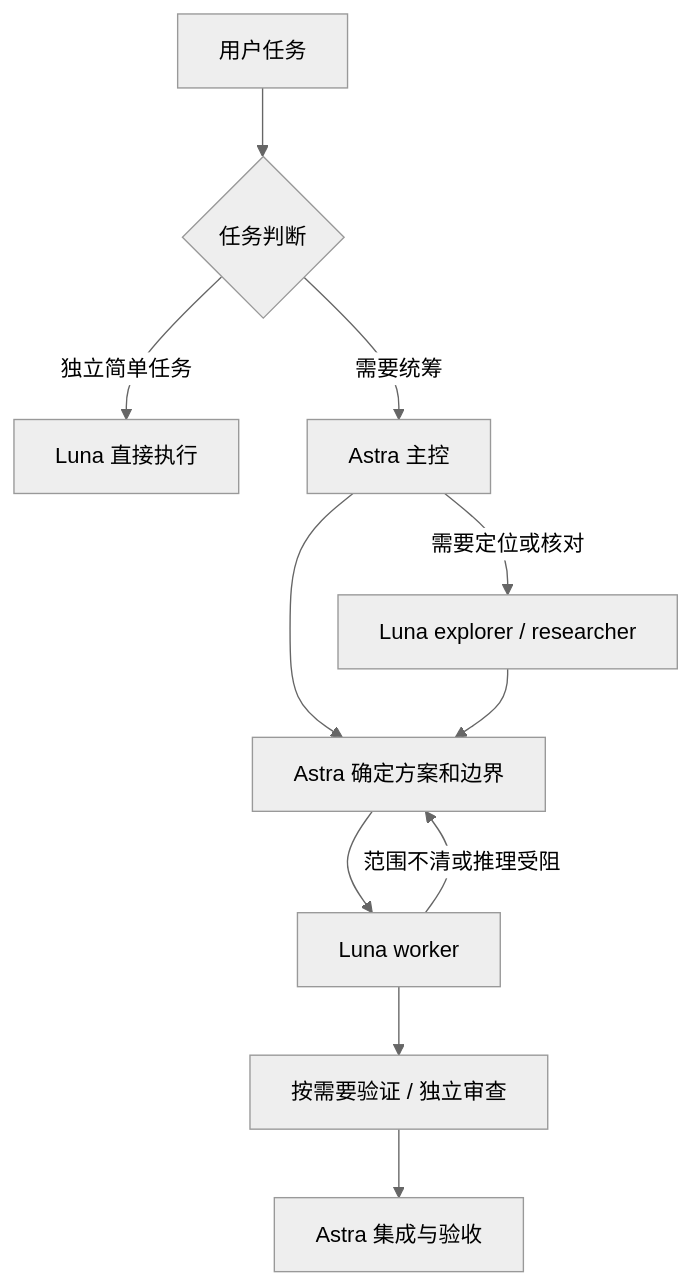
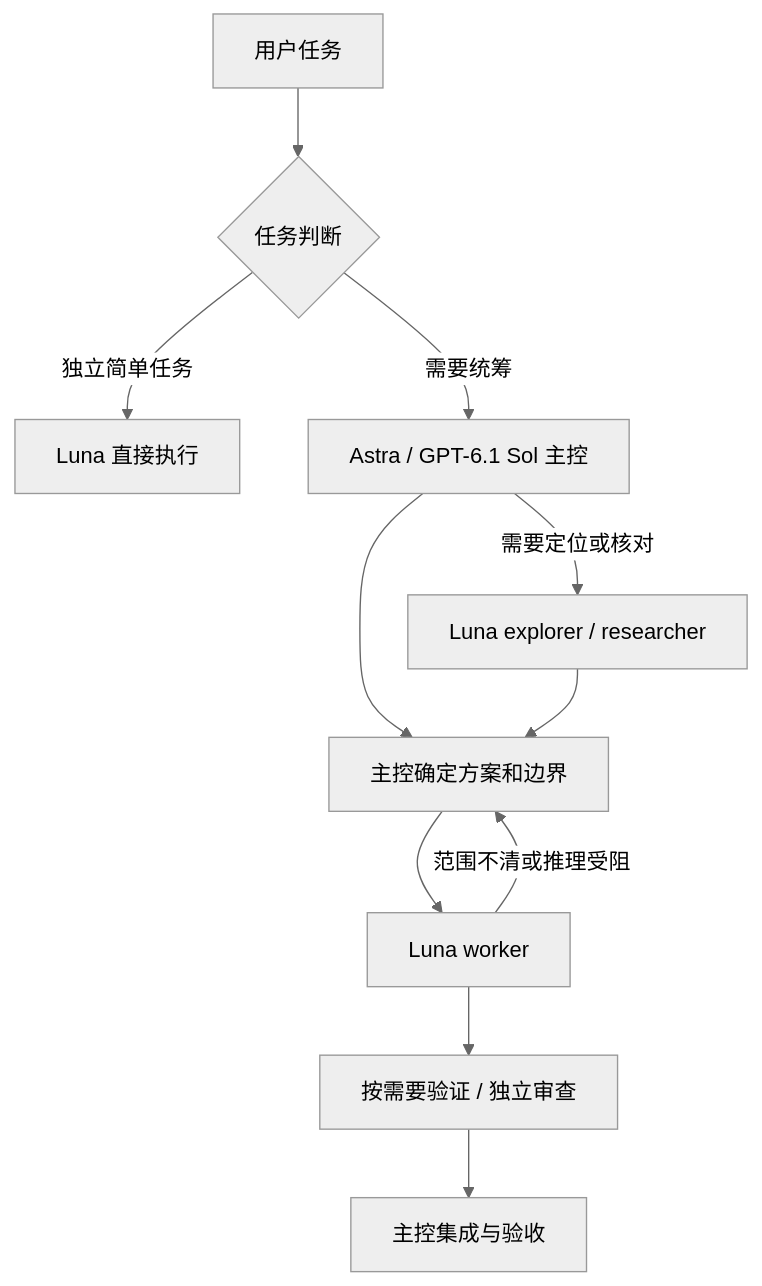
The diagram in README.md (HanMo-max/chatgpt-task-crew), drawn with Mermaid (neutral theme) before and after one commit. The commit also changed other lines of this file and 7 other files, not shown here.

Commit message:
Update Sol orchestration to GPT-6.1 Sol

````diff
--- a/README.md
+++ b/README.md
@@ -30,13 +30,13 @@
 ```mermaid
 flowchart TD
     U[用户任务] --> T{任务判断}
     T -->|独立简单任务| L[Luna 直接执行]
-    T -->|需要统筹| A[Astra 主控]
+    T -->|需要统筹| A[Astra / GPT-6.1 Sol 主控]
     A -->|需要定位或核对| E[Luna explorer / researcher]
-    A --> D[Astra 确定方案和边界]
+    A --> D[主控确定方案和边界]
     E --> D
     D --> W[Luna worker]
     W --> V[按需要验证 / 独立审查]
-    V --> F[Astra 集成与验收]
+    V --> F[主控集成与验收]
     W -->|范围不清或推理受阻| D
 ```
````
